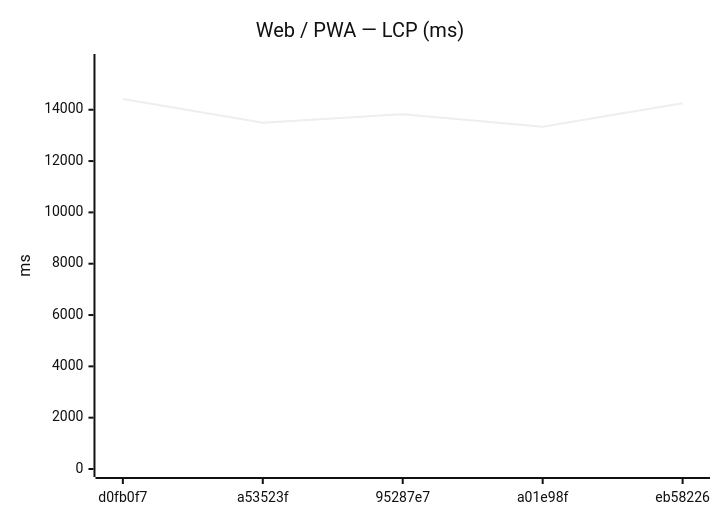
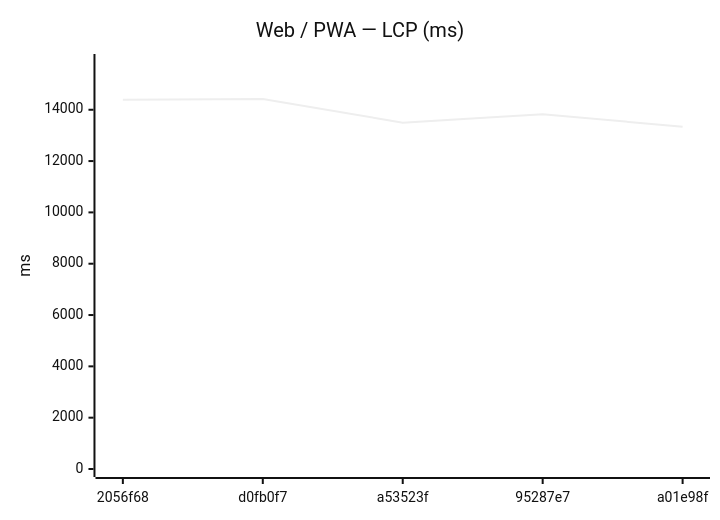
One commit to Metaheurist/Rianell changed the seventh of 18 diagrams in benchmarks/compare.md. Above: the diagram before and after it, drawn with Mermaid (neutral theme). The commit also changed other lines of this file and 11 other files, not shown here.

````diff
--- a/benchmarks/compare.md
+++ b/benchmarks/compare.md
@@ -117,7 +117,7 @@
 ```mermaid
 xychart-beta
     title "Web / PWA — LCP (ms)"
-    x-axis ["d0fb0f7", "a53523f", "95287e7", "a01e98f", "eb58226"]
+    x-axis ["2056f68", "d0fb0f7", "a53523f", "95287e7", "a01e98f"]
     y-axis "ms" 0 --> 15861
-    line [14419, 13497, 13828, 13339, 14256]
+    line [14386, 14419, 13497, 13828, 13339]
 ```
````
